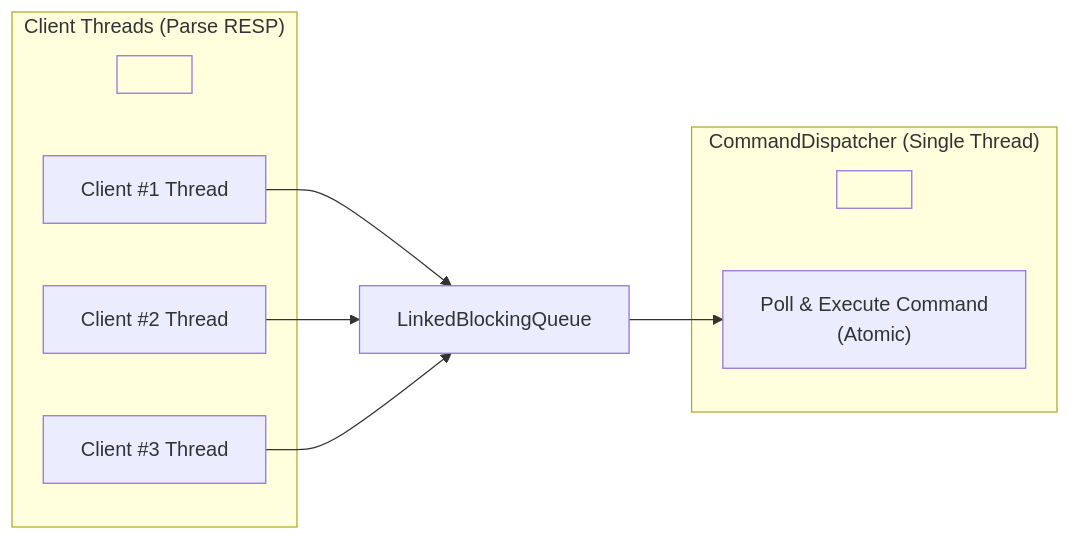
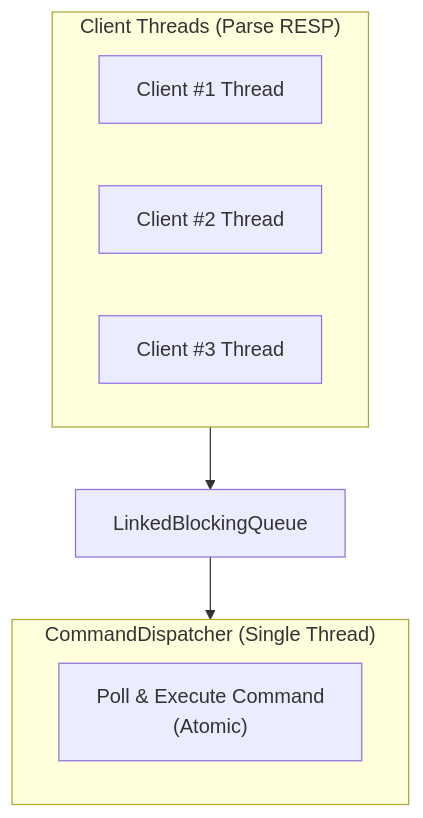
Before and after one commit to AmineMaila/RedJ: the diagram in README.md, drawn with Mermaid.

Commit message:
Revise flowchart for client threads and dispatcher
Updated the flowchart in the README to simplify the representation of client threads and the dispatcher.

````diff
--- a/README.md
+++ b/README.md
@@ -36,23 +36,16 @@
 ```mermaid
-flowchart LR
+flowchart TB
     subgraph Clients["Client Threads (Parse RESP)"]
-        S1[" "]:::spacer
         C1["Client #1 Thread"]
         C2["Client #2 Thread"]
         C3["Client #3 Thread"]
     end
 
     Q["LinkedBlockingQueue"]
 
     subgraph Dispatcher["CommandDispatcher (Single Thread)"]
-        S2[" "]:::spacer
         D["Poll & Execute Command\n(Atomic)"]
     end
 
-    C1 --> Q
-    C2 --> Q
-    C3 --> Q
-    Q --> D
-
-    classDef spacer fill:transparent,stroke:
+    Clients --> Q --> Dispatcher
 ```
````
